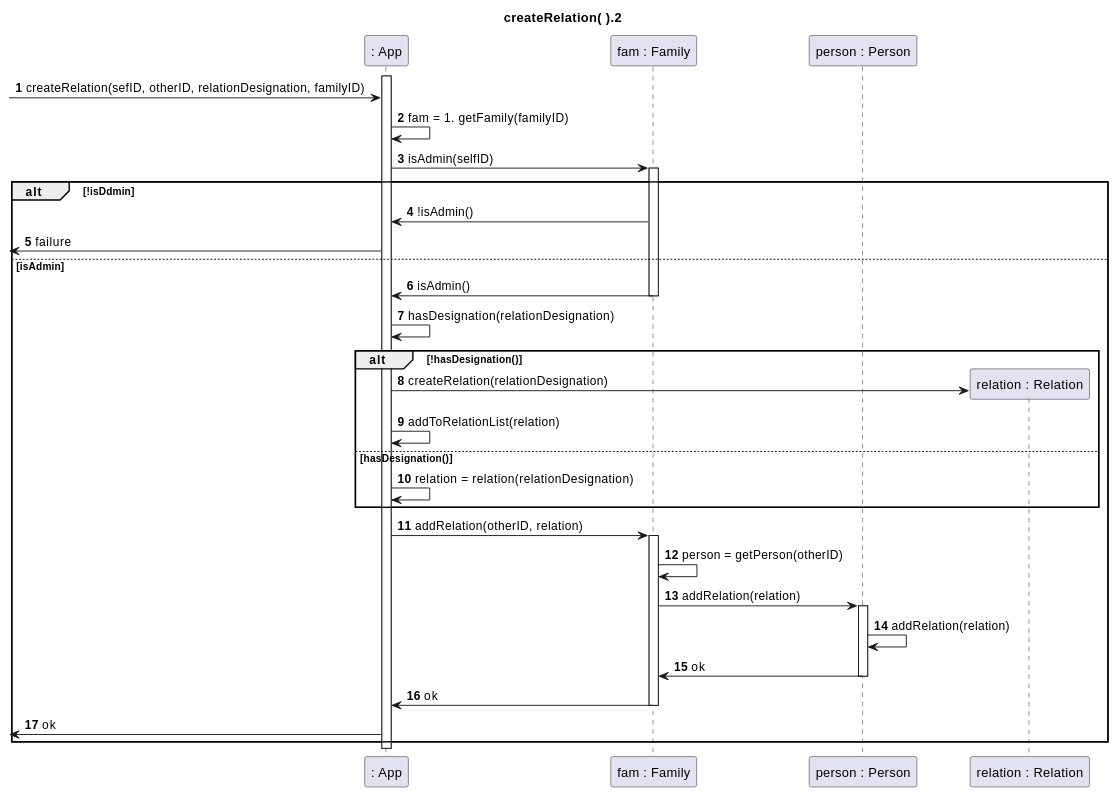
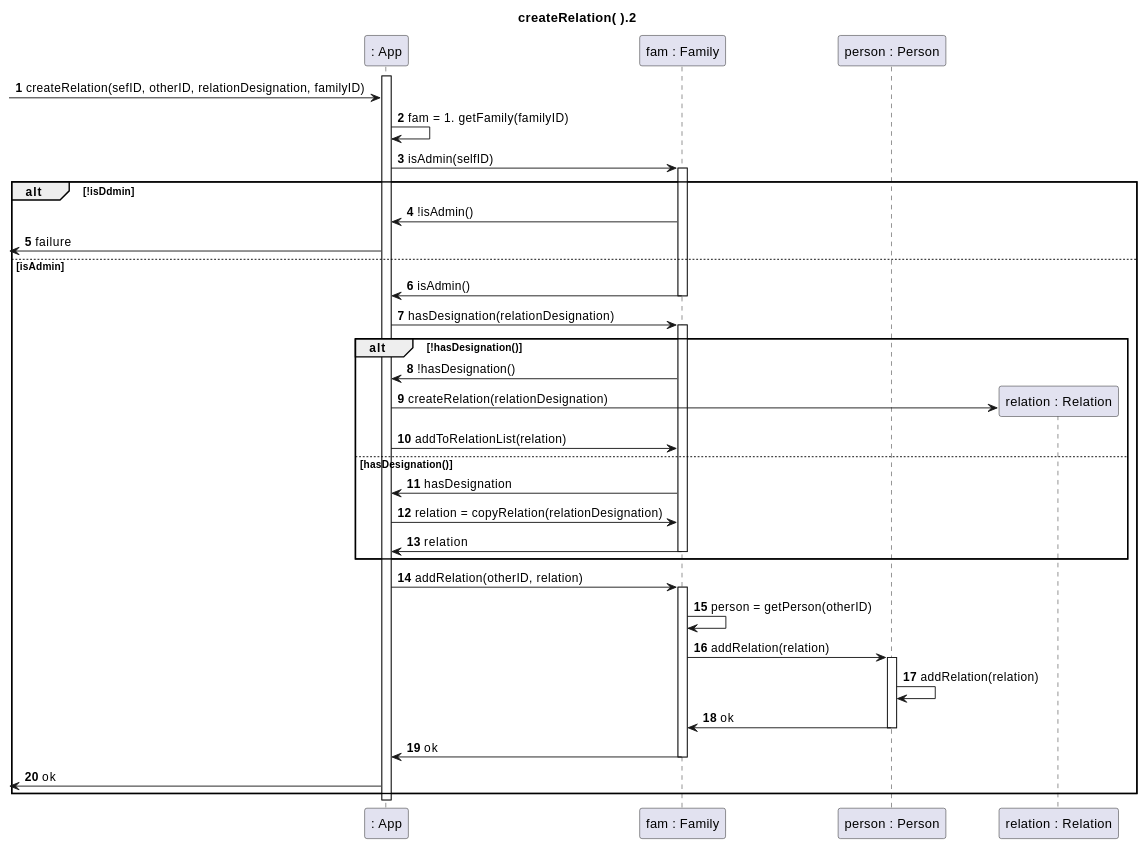
Before and after one commit to tomas-osswald/switch_2020_g3: the third of 4 diagrams in docs/US105 AddRelation.md, drawn with PlantUML. The commit also changed other lines of this file and 8 other files, not shown here.

````diff
--- a/docs/US105 AddRelation.md
+++ b/docs/US105 AddRelation.md
@@ -134,53 +131,59 @@
 ```puml
 autonumber
 title createRelation( ).2
 
 participant ": App" as app
 participant "fam : Family" as fam
 participant "person : Person" as person
 
 activate app
 -> app : createRelation(sefID, otherID, relationDesignation, familyID)
 app -> app : fam =  1. getFamily(familyID)
 
 app -> fam : isAdmin(selfID)
 activate fam
 
 alt !isDdmin
 fam -> app : !isAdmin()
 <- app : failure
 
 else isAdmin
 
 fam -> app: isAdmin()
 deactivate fam
-app -> app : hasDesignation(relationDesignation)
+app -> fam : hasDesignation(relationDesignation)
+activate fam
 
 alt !hasDesignation()
+fam -> app : !hasDesignation()
+
 
 app -> "relation : Relation"** : createRelation(relationDesignation)
-app -> app : addToRelationList(relation)
+app -> fam : addToRelationList(relation)
 
 else hasDesignation()
 
-app -> app : relation = relation(relationDesignation)
+fam -> app : hasDesignation
+app -> fam : relation = copyRelation(relationDesignation)
+fam -> app : relation
+deactivate fam
 
 end
 
 app -> fam : addRelation(otherID, relation)
 activate fam
 fam -> fam : person = getPerson(otherID)
 fam -> person : addRelation(relation)
 activate person
 person -> person : addRelation(relation)
 person -> fam : ok
 deactivate person
 fam -> app : ok
 deactivate fam
 <- app : ok
 
 end
 
 deactivate app
 
 ```
````
